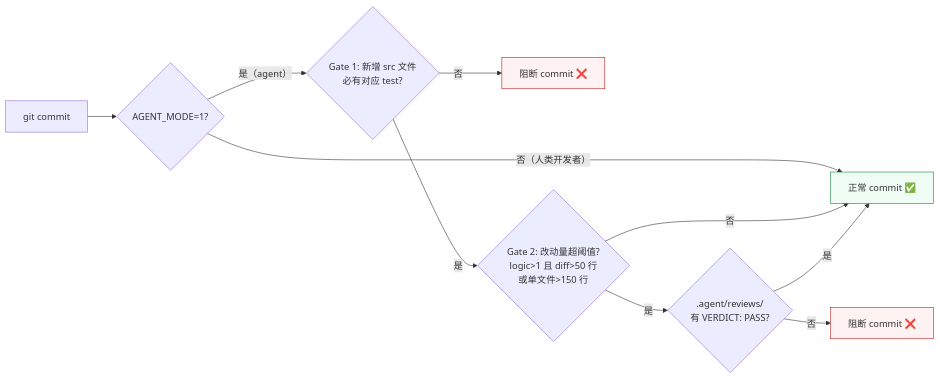
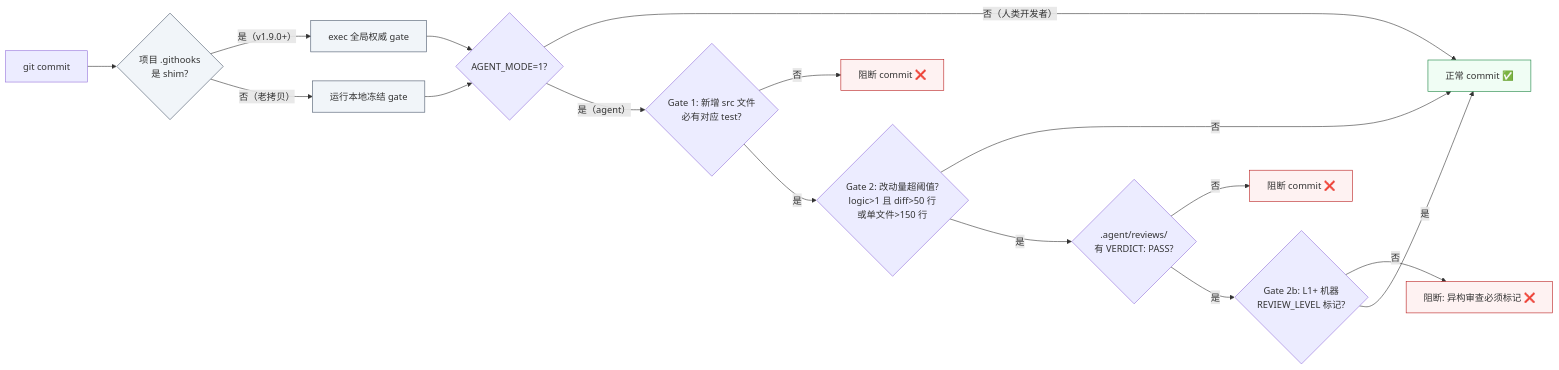
Before and after one commit to mcdowell8023/agent-gates: the third of 5 diagrams in docs/explainer.zh.md, drawn with Mermaid. The commit also changed other lines of this file, not shown here.

````diff
--- a/docs/explainer.zh.md
+++ b/docs/explainer.zh.md
@@ -120,17 +132,25 @@
 ```mermaid
 flowchart LR
-    A[git commit] --> B{AGENT_MODE=1?}
+    A[git commit] --> S{项目 .githooks<br/>是 shim?}
+    S -- 是（v1.9.0+）--> AUTH[exec 全局权威 gate]
+    S -- 否（老拷贝）--> STALE[运行本地冻结 gate]
+    STALE --> B
+    AUTH --> B{AGENT_MODE=1?}
     B -- 否（人类开发者）--> Z[正常 commit ✅]
     B -- 是（agent）--> C{Gate 1: 新增 src 文件<br/>必有对应 test?}
     C -- 否 --> X1[阻断 commit ❌]
     C -- 是 --> D{Gate 2: 改动量超阈值?<br/>logic>1 且 diff>50 行<br/>或单文件>150 行}
     D -- 否 --> Z
     D -- 是 --> E{.agent/reviews/<br/>有 VERDICT: PASS?}
     E -- 否 --> X2[阻断 commit ❌]
-    E -- 是 --> Z
+    E -- 是 --> F{Gate 2b: L1+ 机器<br/>REVIEW_LEVEL 标记?}
+    F -- 否 --> X3[阻断: 异构审查必须标记 ❌]
+    F -- 是 --> Z
 
     classDef block fill:#fef2f2,stroke:#b91c1c
     classDef pass fill:#f0fdf4,stroke:#15803d
-    class X1,X2 block
+    classDef shim fill:#f1f5f9,stroke:#475569
+    class X1,X2,X3 block
     class Z pass
+    class S,AUTH,STALE shim
 ```
````
